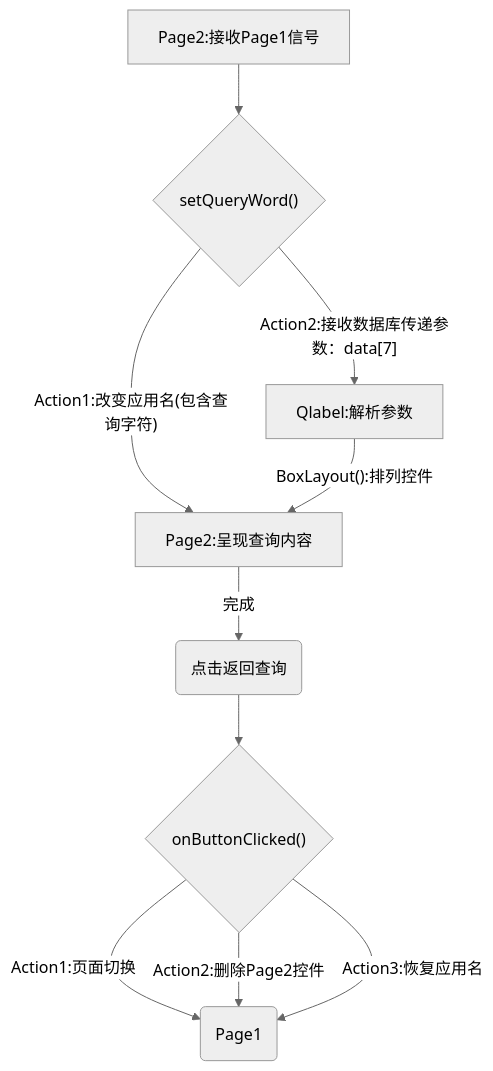
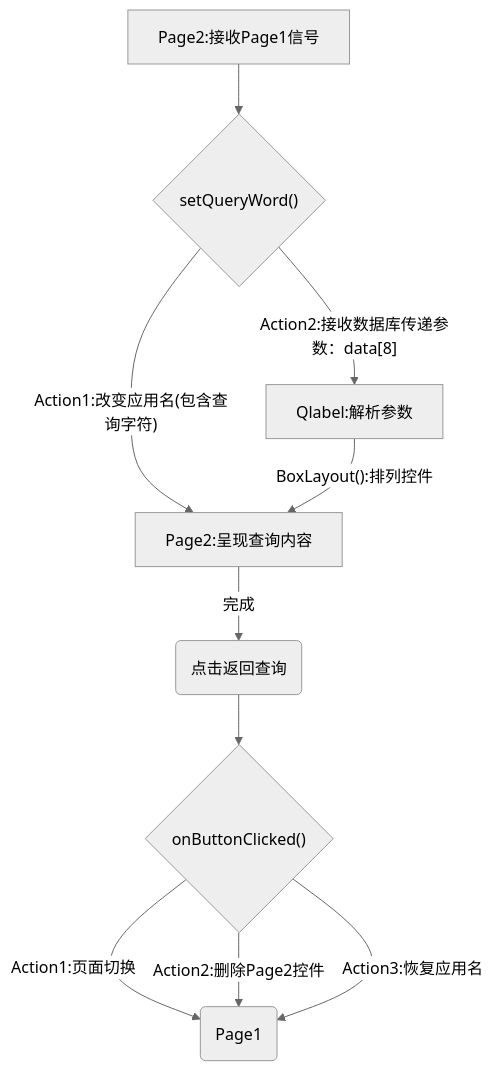
One commit to SoDebug/ElectronicDictionary changed the second of 4 diagrams in README.md. Above: the diagram before and after it, drawn with Mermaid (neutral theme). The commit also changed other lines of this file, not shown here.

````diff
--- a/README.md
+++ b/README.md
@@ -124,13 +124,13 @@
 ```mermaid
 flowchart TD
 
 A[Page2:接收Page1信号] --> C{"setQueryWord()"}
 C -->|"Action1:改变应用名(包含查询字符)"| D[Page2:呈现查询内容]
-C -->|"Action2:接收数据库传递参数：data[7]"| E[Qlabel:解析参数]
+C -->|"Action2:接收数据库传递参数：data[8]"| E[Qlabel:解析参数]
 E[Qlabel:解析参数] -->|"BoxLayout():排列控件"| D[Page2:呈现查询内容]
 D[Page2:呈现查询内容] -->|完成| F(点击返回查询)
 F(点击返回查询) --> G{"onButtonClicked()"}
 G{"onButtonClicked()"} --> |Action1:页面切换| H(Page1)
 G{"onButtonClicked()"} --> |Action2:删除Page2控件| H(Page1)
 G{"onButtonClicked()"} --> |Action3:恢复应用名| H(Page1)
 ```
````
